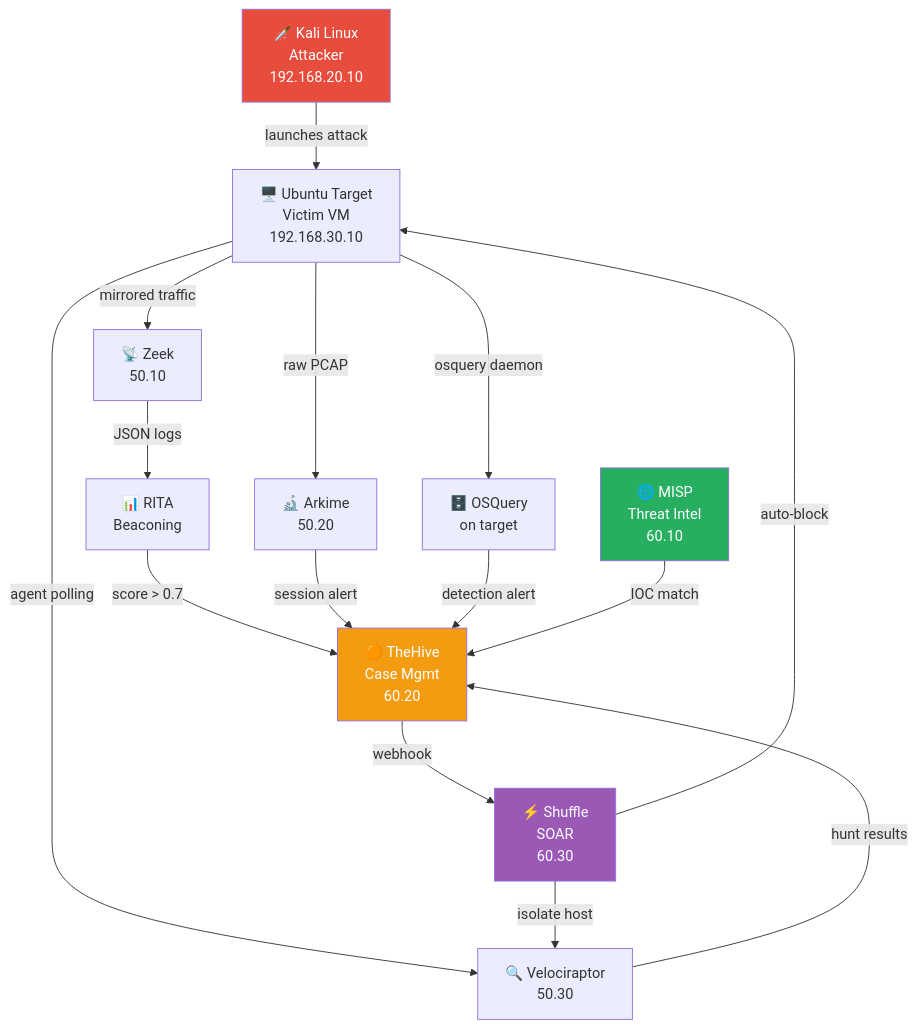
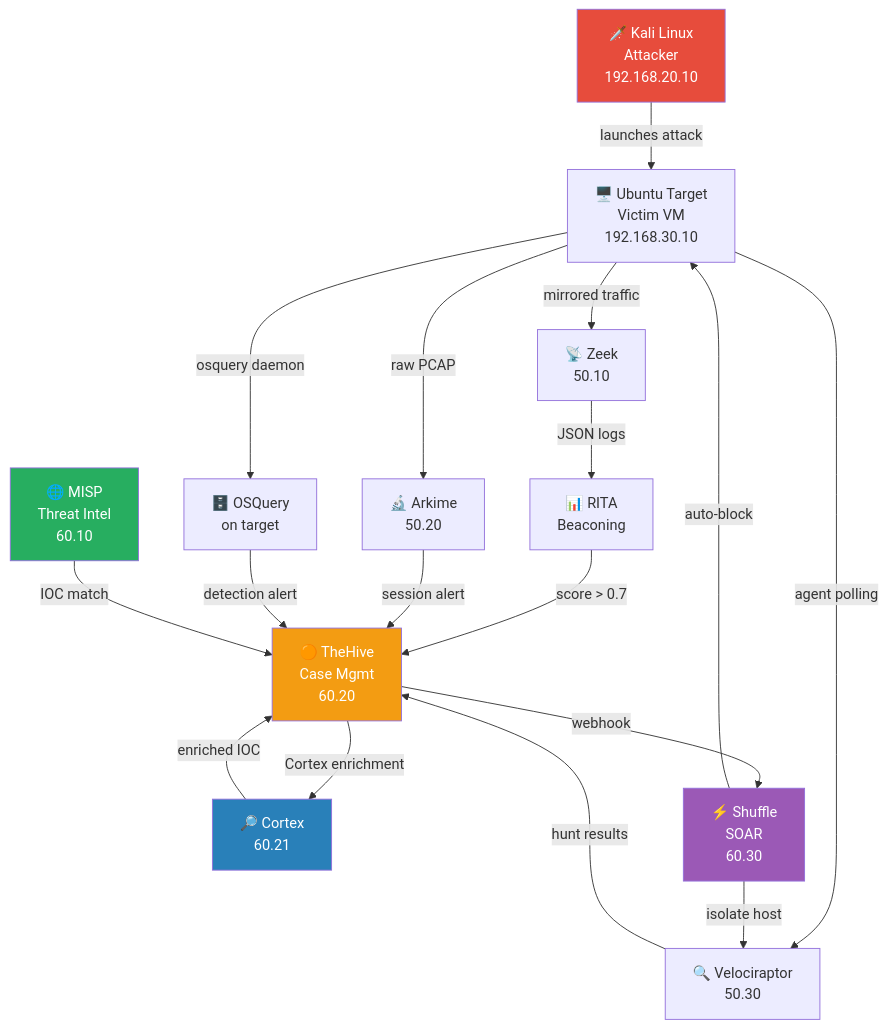
Before and after one commit to sandeepmothukuri/soc-threat-hunting-lab: the first of 2 diagrams in README.md, drawn with Mermaid. The commit also changed other lines of this file, not shown here.

Commit message:
Rewrite README: add Cortex, network segmentation, data flow, OSQuery clarification, Why This Lab Matters, Skills Demonstrated, 5 real screenshots, step-by-step install, fix all-repos link

````diff
--- a/README.md
+++ b/README.md
@@ -14,28 +17,31 @@
 ```mermaid
 flowchart TD
-    ATK[🗡️ Kali Linux\nAttacker\n192.168.20.10]
-    TGT[🖥️ Ubuntu Target\nVictim VM\n192.168.30.10]
+    ATK["🗡️ Kali Linux\nAttacker\n192.168.20.10"]
+    TGT["🖥️ Ubuntu Target\nVictim VM\n192.168.30.10"]
 
     ATK -->|launches attack| TGT
 
-    TGT -->|mirrored traffic| Z[📡 Zeek\n50.10]
-    TGT -->|raw PCAP| AR[🔬 Arkime\n50.20]
-    TGT -->|agent polling| VR[🔍 Velociraptor\n50.30]
-    TGT -->|osquery daemon| OS[🗄️ OSQuery\non target]
+    TGT -->|mirrored traffic| Z["📡 Zeek\n50.10"]
+    TGT -->|raw PCAP| AR["🔬 Arkime\n50.20"]
+    TGT -->|agent polling| VR["🔍 Velociraptor\n50.30"]
+    TGT -->|osquery daemon| OS["🗄️ OSQuery\non target"]
 
-    Z -->|JSON logs| RI[📊 RITA\nBeaconing]
+    Z -->|JSON logs| RI["📊 RITA\nBeaconing"]
     RI -->|score > 0.7| TH
     AR -->|session alert| TH
     VR -->|hunt results| TH
     OS -->|detection alert| TH
 
-    MI[🌐 MISP\nThreat Intel\n60.10] -->|IOC match| TH[🟠 TheHive\nCase Mgmt\n60.20]
-    TH -->|webhook| SH[⚡ Shuffle\nSOAR\n60.30]
+    MI["🌐 MISP\nThreat Intel\n60.10"] -->|IOC match| TH["🟠 TheHive\nCase Mgmt\n60.20"]
+    TH -->|Cortex enrichment| CO["🔎 Cortex\n60.21"]
+    CO -->|enriched IOC| TH
+    TH -->|webhook| SH["⚡ Shuffle\nSOAR\n60.30"]
     SH -->|auto-block| TGT
     SH -->|isolate host| VR
 
     style ATK fill:#e74c3c,color:#fff
     style TH  fill:#f39c12,color:#fff
     style SH  fill:#9b59b6,color:#fff
     style MI  fill:#27ae60,color:#fff
+    style CO  fill:#2980b9,color:#fff
 ```
````
